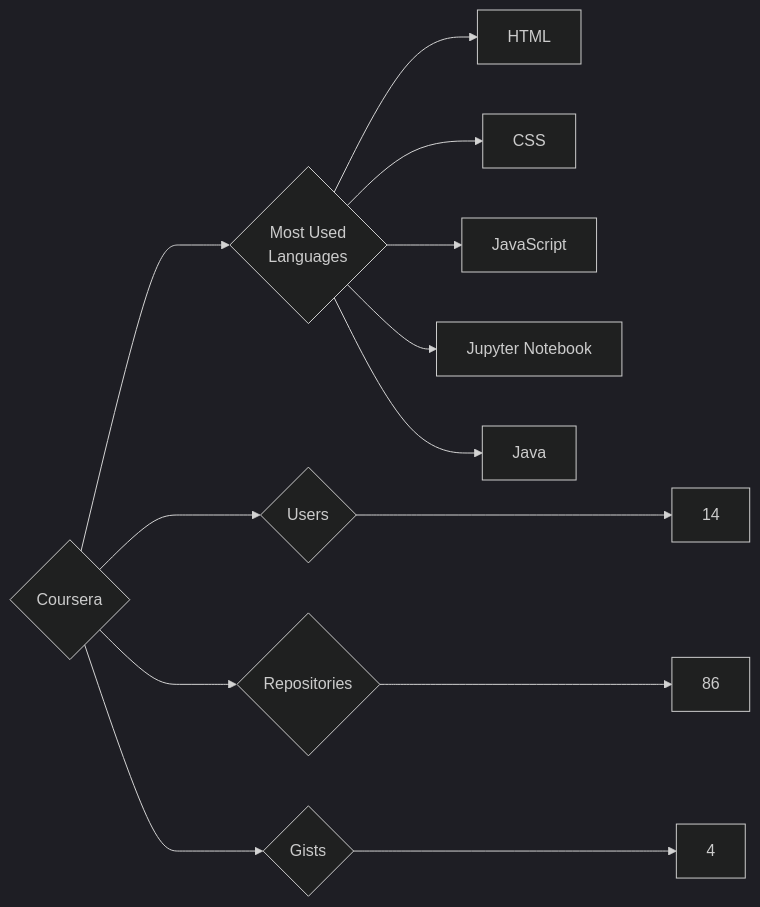
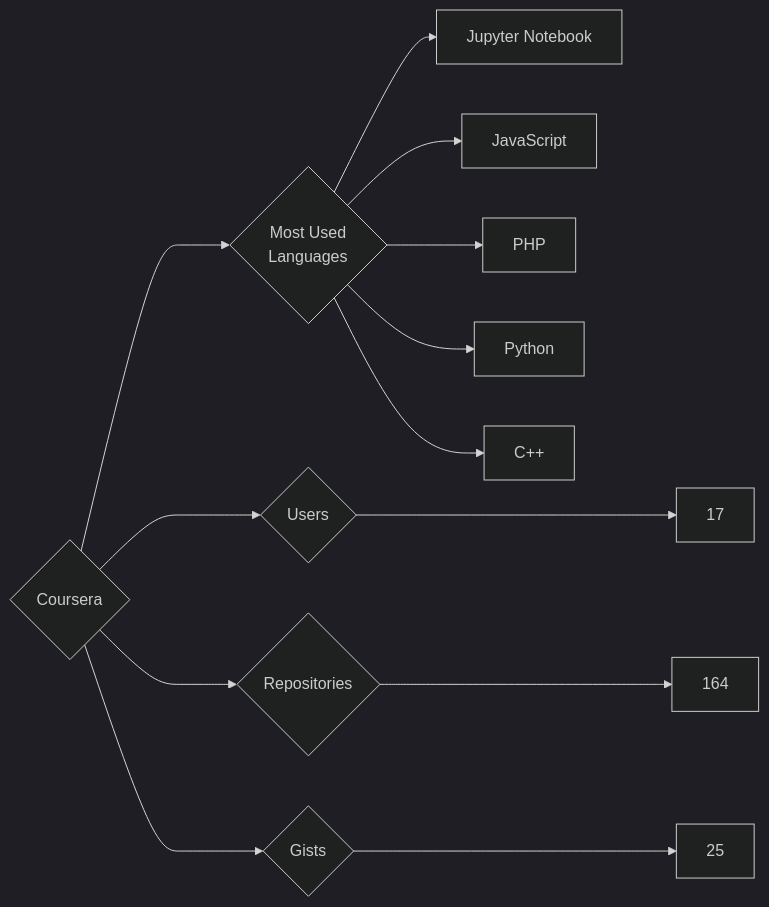
The diagram in targets/Coursera/README.md (trickest/insiders), drawn with Mermaid (dark theme) before and after one commit. The commit also changed 682 other files, not shown here.

````diff
--- a/targets/Coursera/README.md
+++ b/targets/Coursera/README.md
@@ -3,13 +3,13 @@
 ```mermaid
 graph LR
 COMPANY_NAME{Coursera}
-COMPANY_NAME ---> U{Users} ---> UN[14]
-COMPANY_NAME ---> R{Repositories} ---> RN[86]
-COMPANY_NAME ---> G{Gists} ---> GN[4]
+COMPANY_NAME ---> U{Users} ---> UN[17]
+COMPANY_NAME ---> R{Repositories} ---> RN[164]
+COMPANY_NAME ---> G{Gists} ---> GN[25]
 COMPANY_NAME ---> ML{Most Used<br>Languages}
-ML --> HTML[HTML]
-ML --> CSS[CSS]
+ML --> Jupyter_Notebook[Jupyter Notebook]
 ML --> JavaScript[JavaScript]
-ML --> Jupyter_Notebook[Jupyter Notebook]
-ML --> Java[Java]
+ML --> PHP[PHP]
+ML --> Python[Python]
+ML --> C++[C++]
 ```
````
